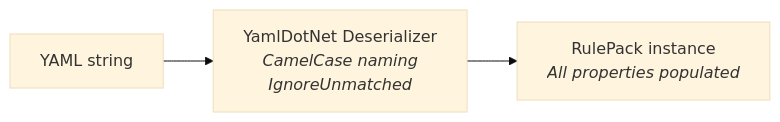
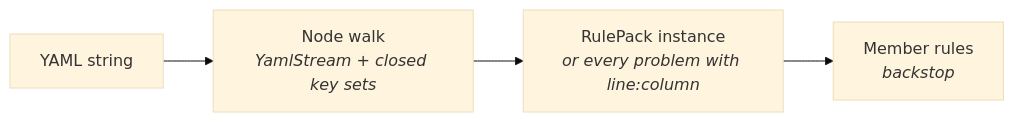
Before and after one commit to MarcelRoozekrans/Ariadne.NET: the first of 2 diagrams in docs-site/docs/how-it-works/04-rule-loading.md, drawn with Mermaid (base theme). The commit also changed other lines of this file and 173 other files, not shown here.

First line of the commit message:
feat!: rule schema v2 with selectors, forbid and allowOnly rules (#35)

````diff
--- a/docs-site/docs/how-it-works/04-rule-loading.md
+++ b/docs-site/docs/how-it-works/04-rule-loading.md
@@ -38,5 +44,6 @@
 ```mermaid
 flowchart LR
-    A["YAML string"] --> B["YamlDotNet Deserializer<br/><i>CamelCase naming<br/>IgnoreUnmatched</i>"]
-    B --> C["RulePack instance<br/><i>All properties populated</i>"]
+    A["YAML string"] --> B["Node walk<br/><i>YamlStream + closed key sets</i>"]
+    B --> C["RulePack instance<br/><i>or every problem with line:column</i>"]
+    C --> D["Member rules<br/><i>backstop</i>"]
 ```
````
